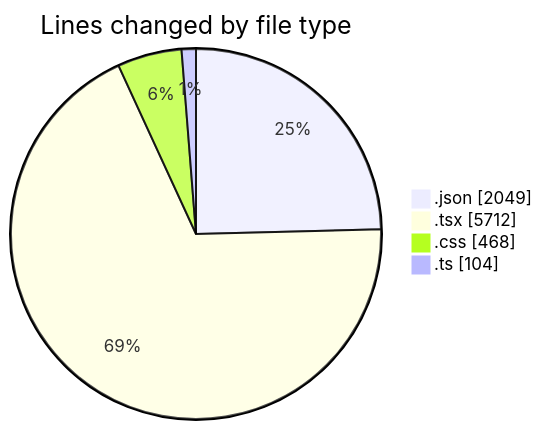
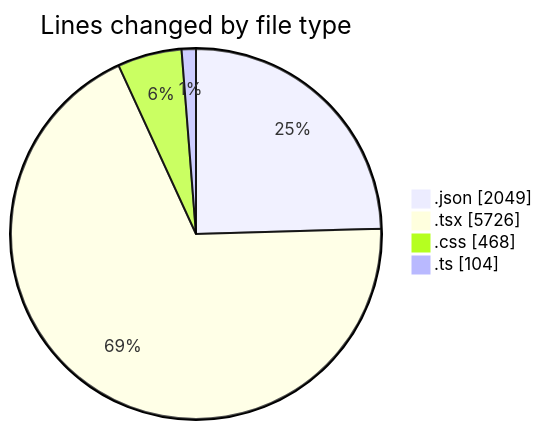
Before and after one commit to EIIisD/code-tracking: the first of 2 diagrams in 2025-08-14/ribbon/README.md, drawn with Mermaid. The commit also changed other lines of this file and 1 other file, not shown here.

````diff
--- a/2025-08-14/ribbon/README.md
+++ b/2025-08-14/ribbon/README.md
@@ -29,8 +29,8 @@
 ```mermaid
 pie showData
 title Lines changed by file type
 ".json" : 2049
-".tsx" : 5712
+".tsx" : 5726
 ".css" : 468
 ".ts" : 104
 ```
````
